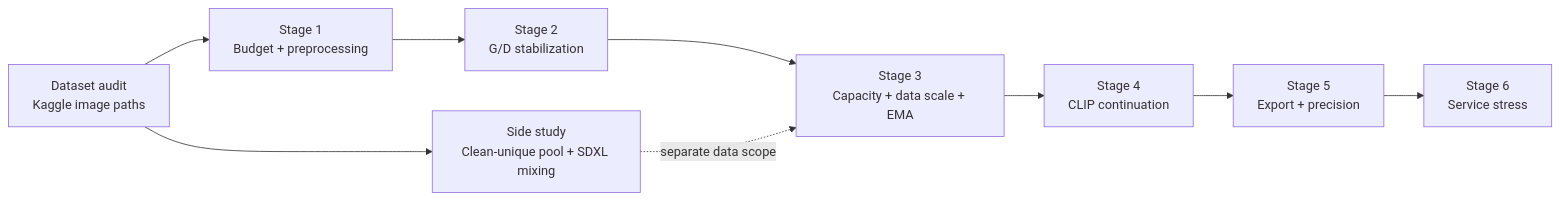
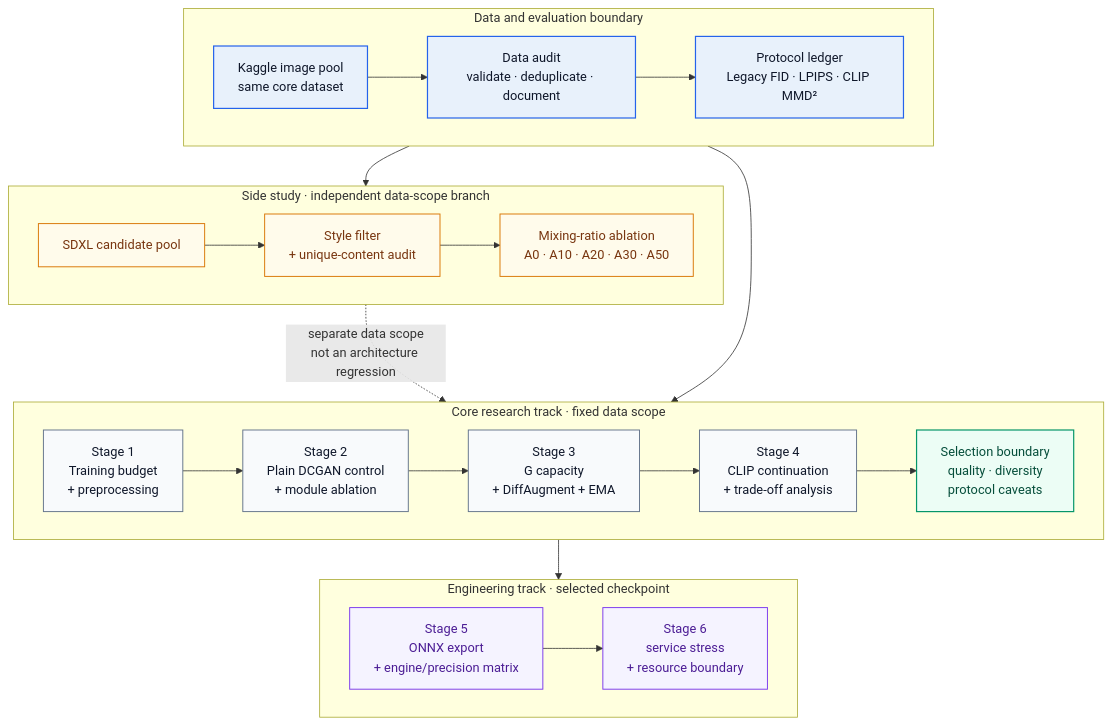
The first of 3 diagrams in README.md (luoge850-lang/dcgan-anime-face-lab), drawn with Mermaid before and after one commit. The commit also changed other lines of this file, not shown here.

First line of the commit message:
docs: refine README architecture diagrams

```diff
--- a/README.md
+++ b/README.md
@@ -59,11 +59,43 @@
 ~~~mermaid
-flowchart LR
-    A["Dataset audit<br/>Kaggle image paths"] --> B["Stage 1<br/>Budget + preprocessing"]
-    B --> C["Stage 2<br/>G/D stabilization"]
-    C --> D["Stage 3<br/>Capacity + data scale + EMA"]
-    D --> E["Stage 4<br/>CLIP continuation"]
-    E --> F["Stage 5<br/>Export + precision"]
-    F --> G["Stage 6<br/>Service stress"]
-    A --> H["Side study<br/>Clean-unique pool + SDXL mixing"]
-    H -. "separate data scope" .-> D
+flowchart TB
+    subgraph DATA["Data and evaluation boundary"]
+        direction LR
+        A["Kaggle image pool<br/>same core dataset"] --> B["Data audit<br/>validate · deduplicate · document"]
+        B --> P["Protocol ledger<br/>Legacy FID · LPIPS · CLIP MMD²"]
+    end
+
+    subgraph CORE["Core research track · fixed data scope"]
+        direction LR
+        C["Stage 1<br/>Training budget<br/>+ preprocessing"] --> D["Stage 2<br/>Plain DCGAN control<br/>+ module ablation"]
+        D --> E["Stage 3<br/>G capacity<br/>+ DiffAugment + EMA"]
+        E --> F["Stage 4<br/>CLIP continuation<br/>+ trade-off analysis"]
+        F --> G["Selection boundary<br/>quality · diversity<br/>protocol caveats"]
+    end
+
+    subgraph SIDE["Side study · independent data-scope branch"]
+        direction LR
+        H["SDXL candidate pool"] --> I["Style filter<br/>+ unique-content audit"]
+        I --> J["Mixing-ratio ablation<br/>A0 · A10 · A20 · A30 · A50"]
+    end
+
+    subgraph DEPLOY["Engineering track · selected checkpoint"]
+        direction LR
+        K["Stage 5<br/>ONNX export<br/>+ engine/precision matrix"] --> L["Stage 6<br/>service stress<br/>+ resource boundary"]
+    end
+
+    P --> C
+    P --> H
+    G --> K
+    J -. "separate data scope<br/>not an architecture regression" .-> G
+
+    classDef boundary fill:#e8f1fb,stroke:#2563eb,color:#0f172a,stroke-width:1.5px;
+    classDef stage fill:#f8fafc,stroke:#64748b,color:#0f172a,stroke-width:1.2px;
+    classDef decision fill:#ecfdf5,stroke:#059669,color:#064e3b,stroke-width:1.5px;
+    classDef side fill:#fffbeb,stroke:#d97706,color:#78350f,stroke-width:1.2px;
+    classDef deploy fill:#f5f3ff,stroke:#7c3aed,color:#4c1d95,stroke-width:1.2px;
+    class A,B,P boundary;
+    class C,D,E,F stage;
+    class G decision;
+    class H,I,J side;
+    class K,L deploy;
 ~~~
```
